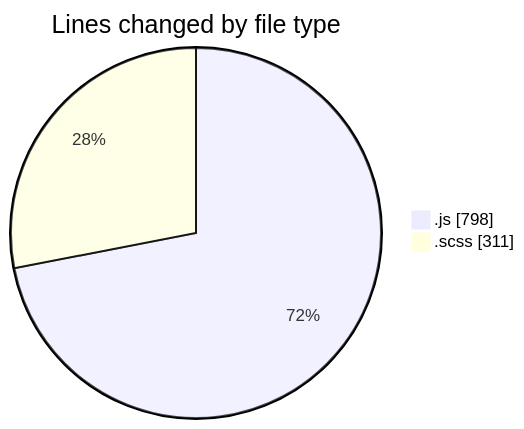
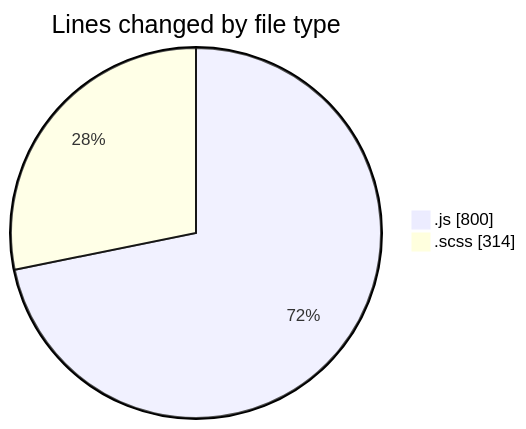
One commit to momahboobian/code-tracking changed the first of 2 diagrams in 2026-01-05/cda/README.md. Above: the diagram before and after it, drawn with Mermaid. The commit also changed other lines of this file and 1 other file, not shown here.

````diff
--- a/2026-01-05/cda/README.md
+++ b/2026-01-05/cda/README.md
@@ -26,6 +26,6 @@
 ```mermaid
 pie showData
 title Lines changed by file type
-".js" : 798
-".scss" : 311
+".js" : 800
+".scss" : 314
 ```
````
